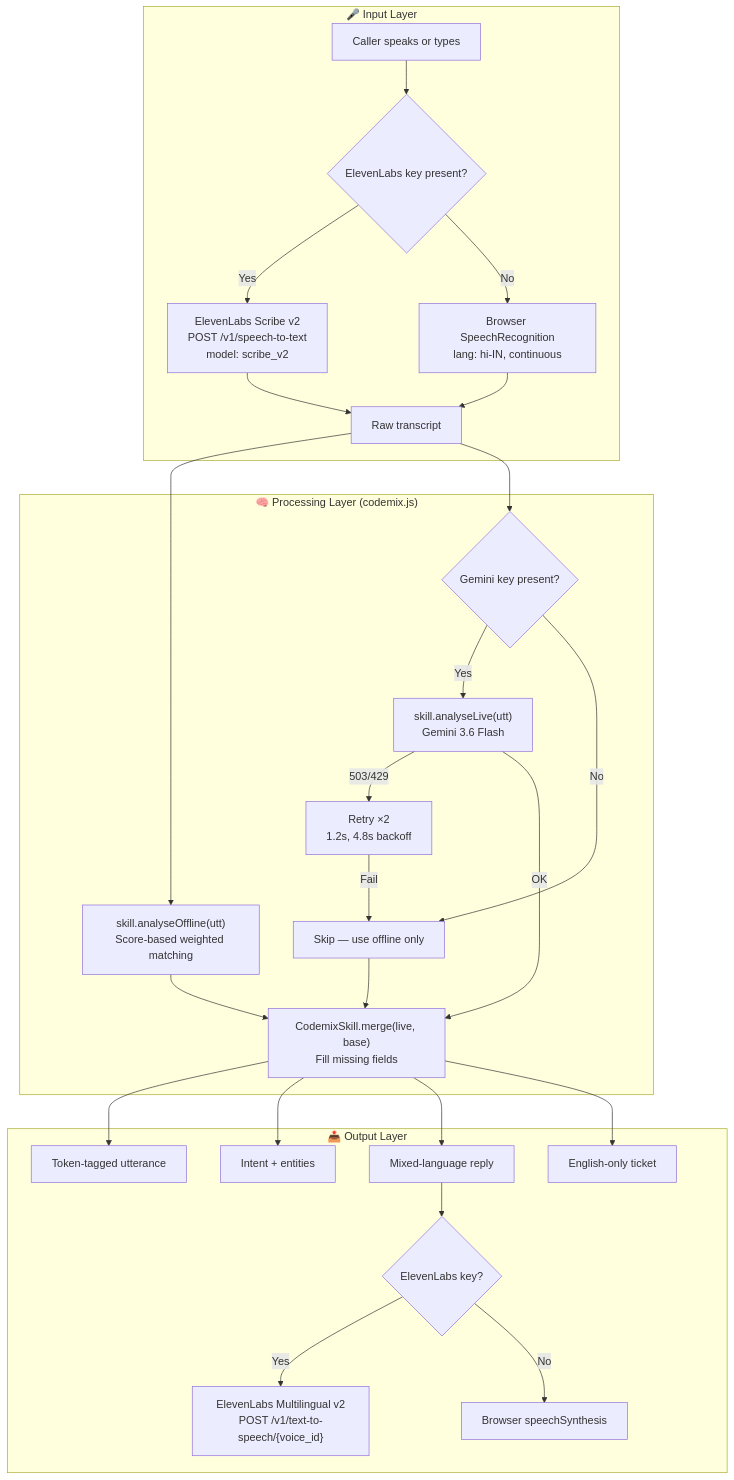
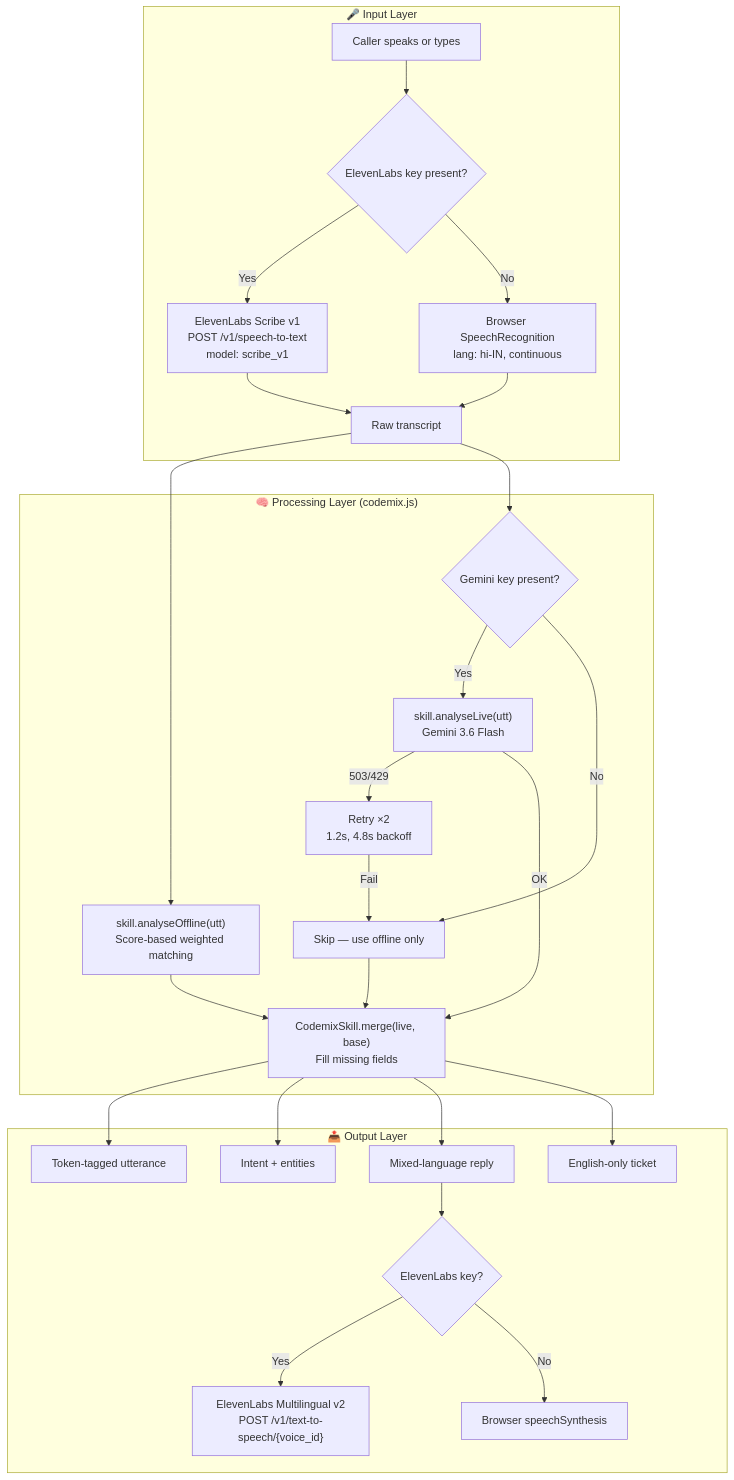
The diagram in ARCHITECTURE.md (ramanathanmani/great-agent-hackathon-2026), drawn with Mermaid before and after one commit. The commit also changed other lines of this file and 2 other files, not shown here.

Commit message:
docs: align SUBMISSION, README, ARCHITECTURE with measured results

````diff
--- a/ARCHITECTURE.md
+++ b/ARCHITECTURE.md
@@ -13,33 +13,33 @@
 ```mermaid
 graph TD
     subgraph Input ["🎤 Input Layer"]
         A["Caller speaks or types"]
         A --> B{"ElevenLabs key present?"}
-        B -->|Yes| C["ElevenLabs Scribe v2<br/>POST /v1/speech-to-text<br/>model: scribe_v2"]
+        B -->|Yes| C["ElevenLabs Scribe v1<br/>POST /v1/speech-to-text<br/>model: scribe_v1"]
         B -->|No| D["Browser SpeechRecognition<br/>lang: hi-IN, continuous"]
         C --> E["Raw transcript"]
         D --> E
     end
 
     subgraph Process ["🧠 Processing Layer (codemix.js)"]
         E --> F["skill.analyseOffline(utt)<br/>Score-based weighted matching"]
         E --> G{"Gemini key present?"}
         G -->|Yes| H["skill.analyseLive(utt)<br/>Gemini 3.6 Flash"]
         G -->|No| I["Skip — use offline only"]
         H -->|"503/429"| J["Retry ×2<br/>1.2s, 4.8s backoff"]
         J -->|Fail| I
         H -->|OK| K["CodemixSkill.merge(live, base)<br/>Fill missing fields"]
         F --> K
         I --> K
     end
 
     subgraph Output ["📤 Output Layer"]
         K --> L["Token-tagged utterance"]
         K --> M["Intent + entities"]
         K --> N["Mixed-language reply"]
         K --> O["English-only ticket"]
         N --> P{"ElevenLabs key?"}
         P -->|Yes| Q["ElevenLabs Multilingual v2<br/>POST /v1/text-to-speech/{voice_id}"]
         P -->|No| R["Browser speechSynthesis"]
     end
 ```
````
